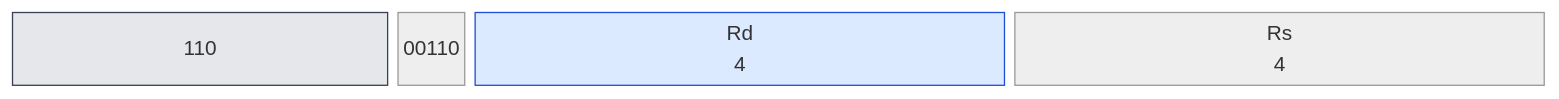
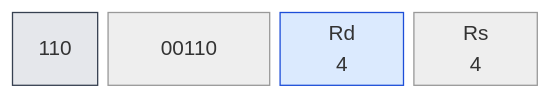
Before and after one commit to olfp/Deep16: diagram 13 of 32 in book/kap03.md, drawn with Mermaid (neutral theme). The commit also changed other lines of this file and 1 other file, not shown here.

Commit message:
book(kap03): alle 32 Befehlsdiagramme auf 31-Spalten-Layout normiert

````diff
--- a/book/kap03.md
+++ b/book/kap03.md
@@ -498,16 +498,16 @@
 ```mermaid
 block-beta
   columns 31
   classDef op fill:#e5e7eb,stroke:#374151
   classDef reg fill:#dbeafe,stroke:#1d4ed8
   classDef imm fill:#fef3c7,stroke:#b45309
   classDef off fill:#dcfce7,stroke:#15803d
   classDef seg fill:#ede9fe,stroke:#6d28d9
   classDef all fill:#fee2e2,stroke:#b91c1c
   b0["110"]:5
-  b1["00110"]:1
+  b1["00110"]:9
   b2["Rd<br/>4"]:7
   b3["Rs<br/>4"]:7
   class b0 b1 op
   class b2 b3 reg
 ```
````
